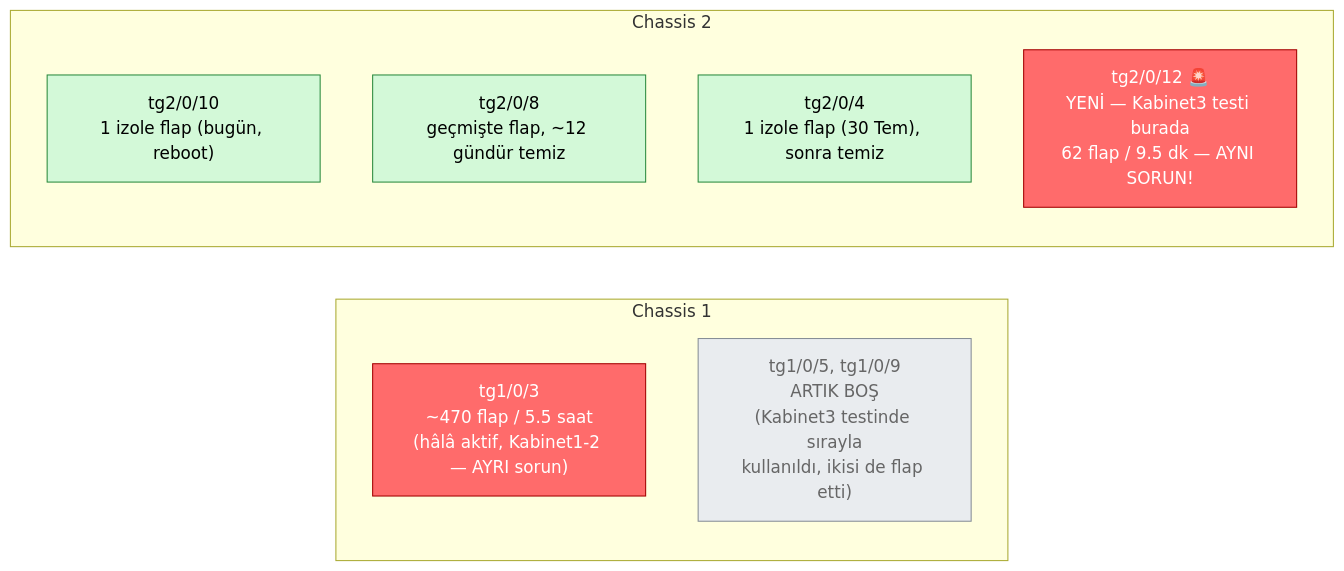
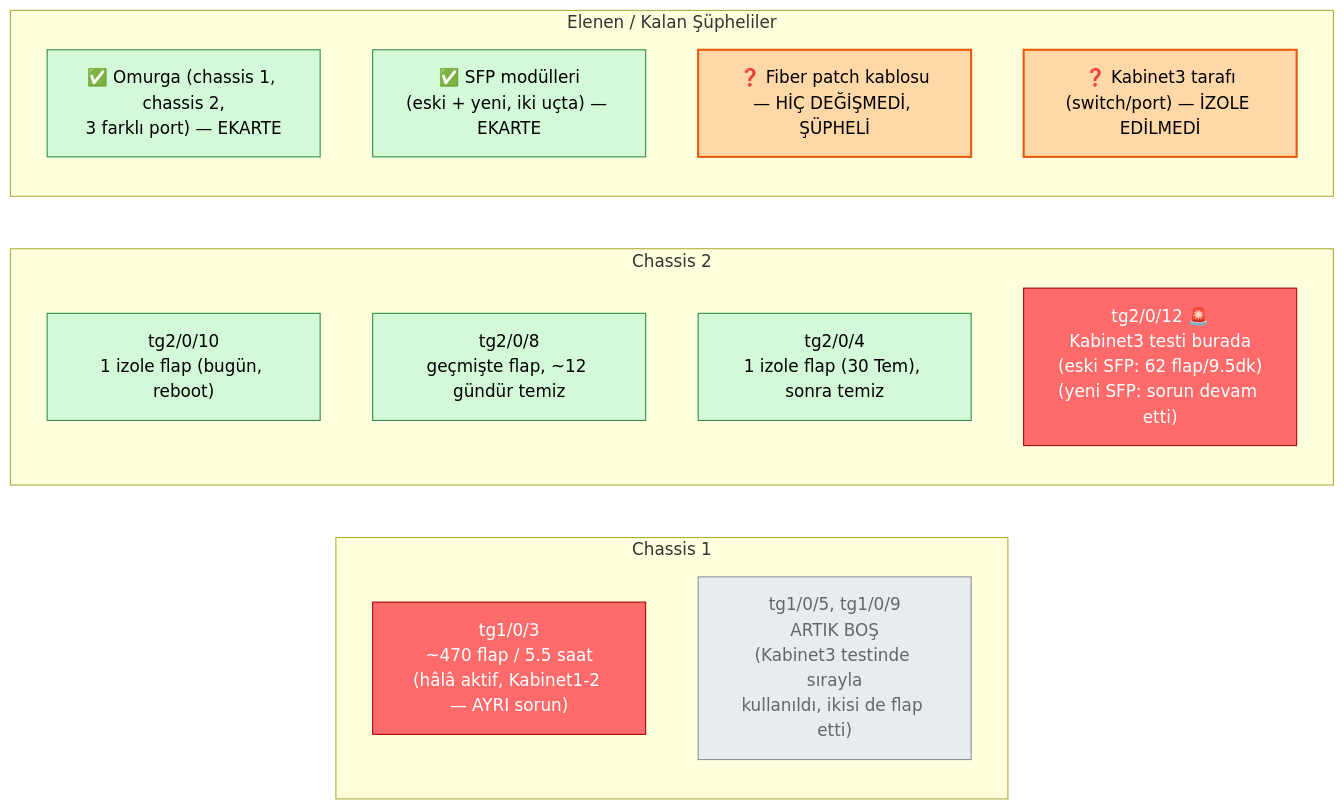
Before and after one commit to SeFo19/Ozdoku-Config: the second of 2 diagrams in topoloji_diyagram.md, drawn with Mermaid. The commit also changed other lines of this file and 5 other files, not shown here.

First line of the commit message:
SFP modülleri de elendi; tüm dökümanlara TL;DR eklendi; sıcaklık kontrolü

````diff
--- a/topoloji_diyagram.md
+++ b/topoloji_diyagram.md
@@ -85,23 +91,34 @@
 ```mermaid
 graph LR
     subgraph "Chassis 1"
         direction TB
         A["tg1/0/3<br/>~470 flap / 5.5 saat<br/>(hâlâ aktif, Kabinet1-2 — AYRI sorun)"]
         B["tg1/0/5, tg1/0/9<br/>ARTIK BOŞ<br/>(Kabinet3 testinde sırayla<br/>kullanıldı, ikisi de flap etti)"]
     end
     subgraph "Chassis 2"
         direction TB
         C["tg2/0/10<br/>1 izole flap (bugün, reboot)"]
         D["tg2/0/8<br/>geçmişte flap, ~12 gündür temiz"]
         E["tg2/0/4<br/>1 izole flap (30 Tem), sonra temiz"]
-        G["tg2/0/12 🚨<br/>YENİ — Kabinet3 testi burada<br/>62 flap / 9.5 dk — AYNI SORUN!"]
+        G["tg2/0/12 🚨<br/>Kabinet3 testi burada<br/>(eski SFP: 62 flap/9.5dk)<br/>(yeni SFP: sorun devam etti)"]
+    end
+    subgraph "Elenen / Kalan Şüpheliler"
+        direction TB
+        H["✅ Omurga (chassis 1, chassis 2,<br/>3 farklı port) — EKARTE"]
+        I["✅ SFP modülleri<br/>(eski + yeni, iki uçta) — EKARTE"]
+        J["❓ Fiber patch kablosu<br/>— HİÇ DEĞİŞMEDİ, ŞÜPHELİ"]
+        K["❓ Kabinet3 tarafı<br/>(switch/port) — İZOLE EDİLMEDİ"]
     end
 
     classDef problem fill:#ff6b6b,stroke:#a30000,color:#fff
     classDef ok fill:#d3f9d8,stroke:#2b8a3e,color:#000
     classDef unused fill:#e9ecef,stroke:#868e96,color:#666
+    classDef cleared fill:#d3f9d8,stroke:#2b8a3e,color:#000
+    classDef suspect fill:#ffd8a8,stroke:#e8590c,color:#000,stroke-width:2px
 
     class A,G problem
     class B unused
     class C,D,E ok
+    class H,I cleared
+    class J,K suspect
 ```
````
